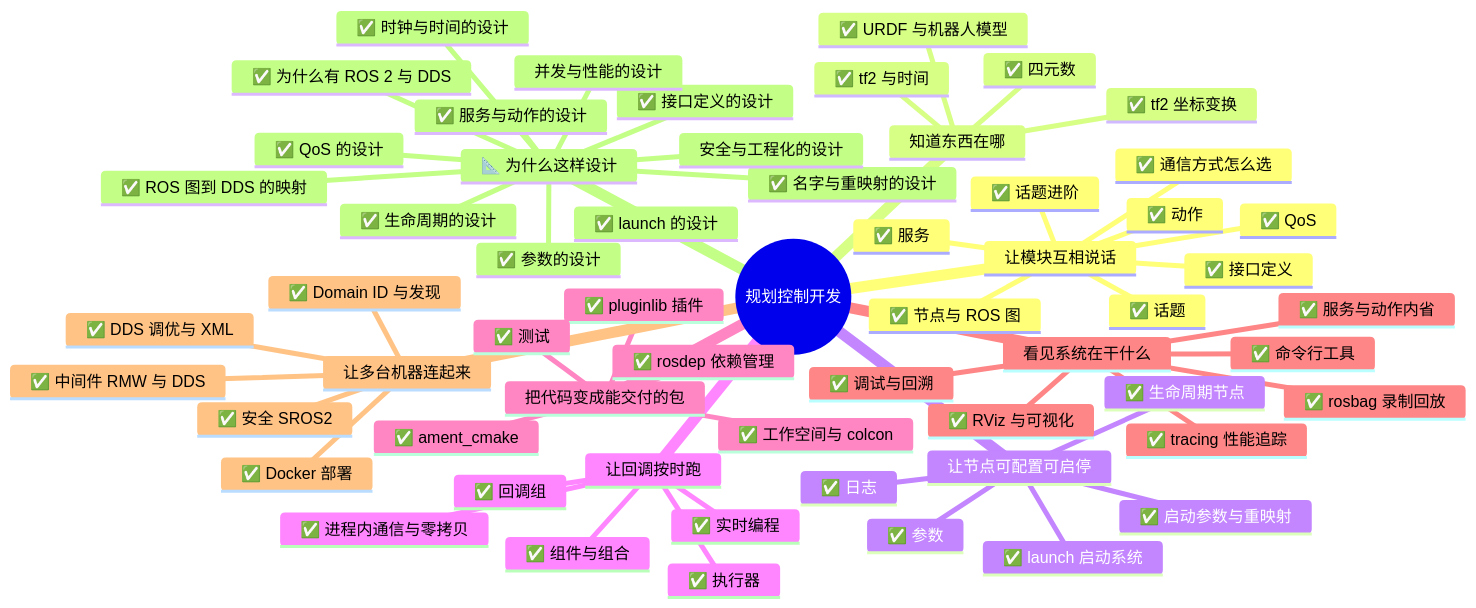
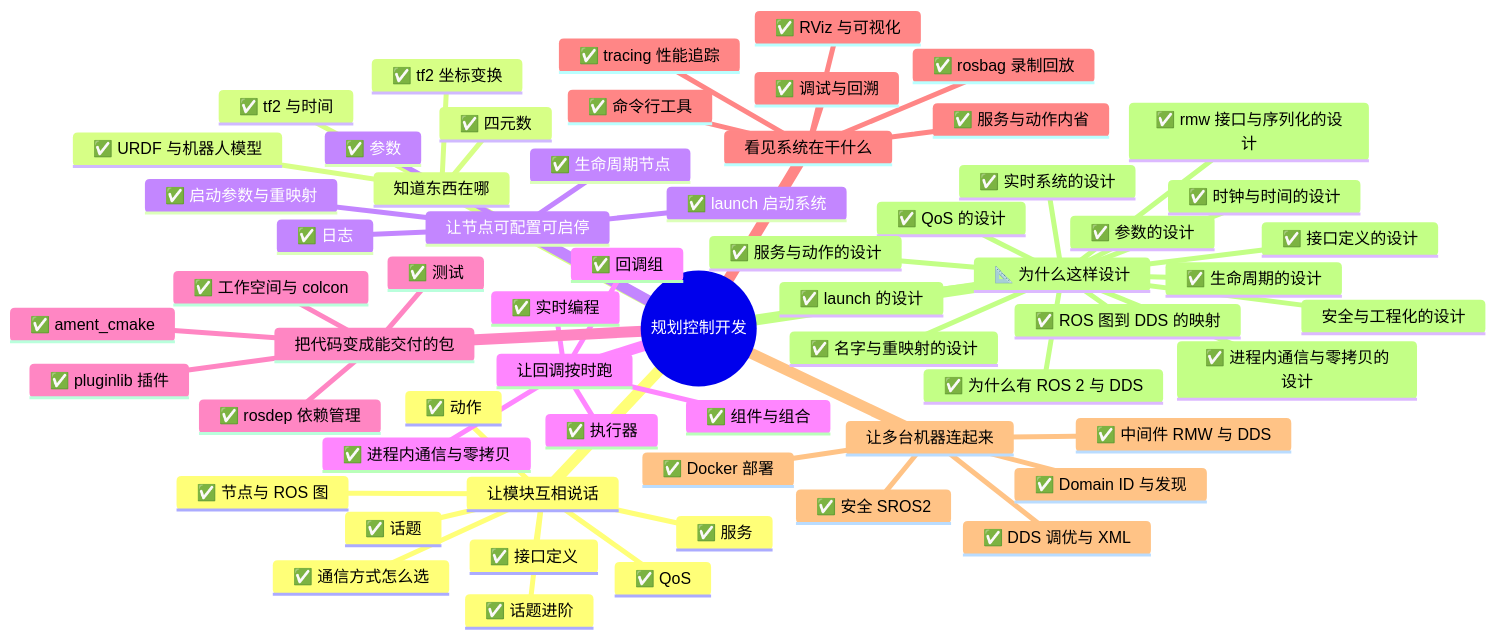
The diagram in study/map/overview.md (kevins-96/ros2_documentation), drawn with Mermaid before and after one commit. The commit also changed other lines of this file and 22 other files, not shown here.

````diff
--- a/study/map/overview.md
+++ b/study/map/overview.md
@@ -6,62 +6,64 @@
 ```mermaid
 mindmap
   root((规划控制开发))
     让模块互相说话
       ✅ 节点与 ROS 图
       ✅ 通信方式怎么选
       ✅ 话题
       ✅ QoS
       ✅ 服务
       ✅ 动作
       ✅ 接口定义
       ✅ 话题进阶
     知道东西在哪
       ✅ tf2 坐标变换
       ✅ tf2 与时间
       ✅ 四元数
       ✅ URDF 与机器人模型
     让节点可配置可启停
       ✅ 参数
       ✅ 生命周期节点
       ✅ launch 启动系统
       ✅ 启动参数与重映射
       ✅ 日志
     让回调按时跑
       ✅ 执行器
       ✅ 回调组
       ✅ 组件与组合
       ✅ 进程内通信与零拷贝
       ✅ 实时编程
     把代码变成能交付的包
       ✅ 工作空间与 colcon
       ✅ ament_cmake
       ✅ rosdep 依赖管理
       ✅ pluginlib 插件
       ✅ 测试
     看见系统在干什么
       ✅ 命令行工具
       ✅ rosbag 录制回放
       ✅ 服务与动作内省
       ✅ 调试与回溯
       ✅ tracing 性能追踪
       ✅ RViz 与可视化
     让多台机器连起来
       ✅ 中间件 RMW 与 DDS
       ✅ Domain ID 与发现
       ✅ DDS 调优与 XML
       ✅ Docker 部署
       ✅ 安全 SROS2
     📐 为什么这样设计
       ✅ 为什么有 ROS 2 与 DDS
       ✅ ROS 图到 DDS 的映射
       ✅ QoS 的设计
       ✅ 服务与动作的设计
       ✅ 接口定义的设计
       ✅ 参数的设计
       ✅ 名字与重映射的设计
       ✅ 生命周期的设计
       ✅ 时钟与时间的设计
       ✅ launch 的设计
-      并发与性能的设计
+      ✅ 实时系统的设计
+      ✅ 进程内通信与零拷贝的设计
+      ✅ rmw 接口与序列化的设计
       安全与工程化的设计
 ```
````
